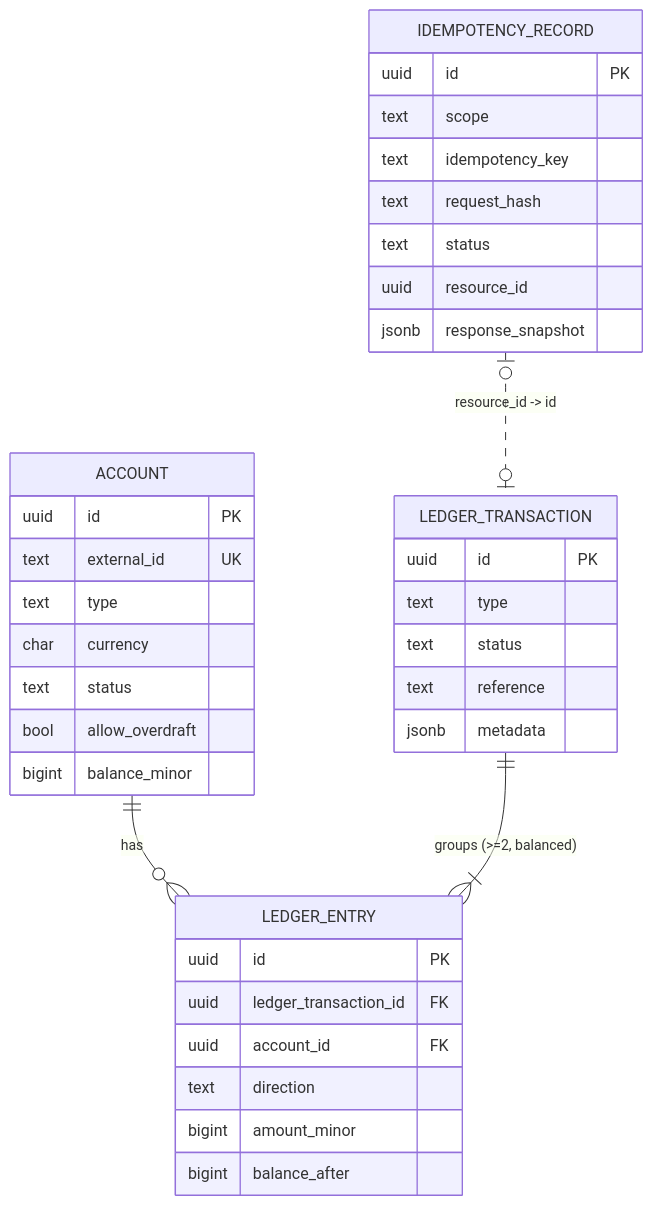
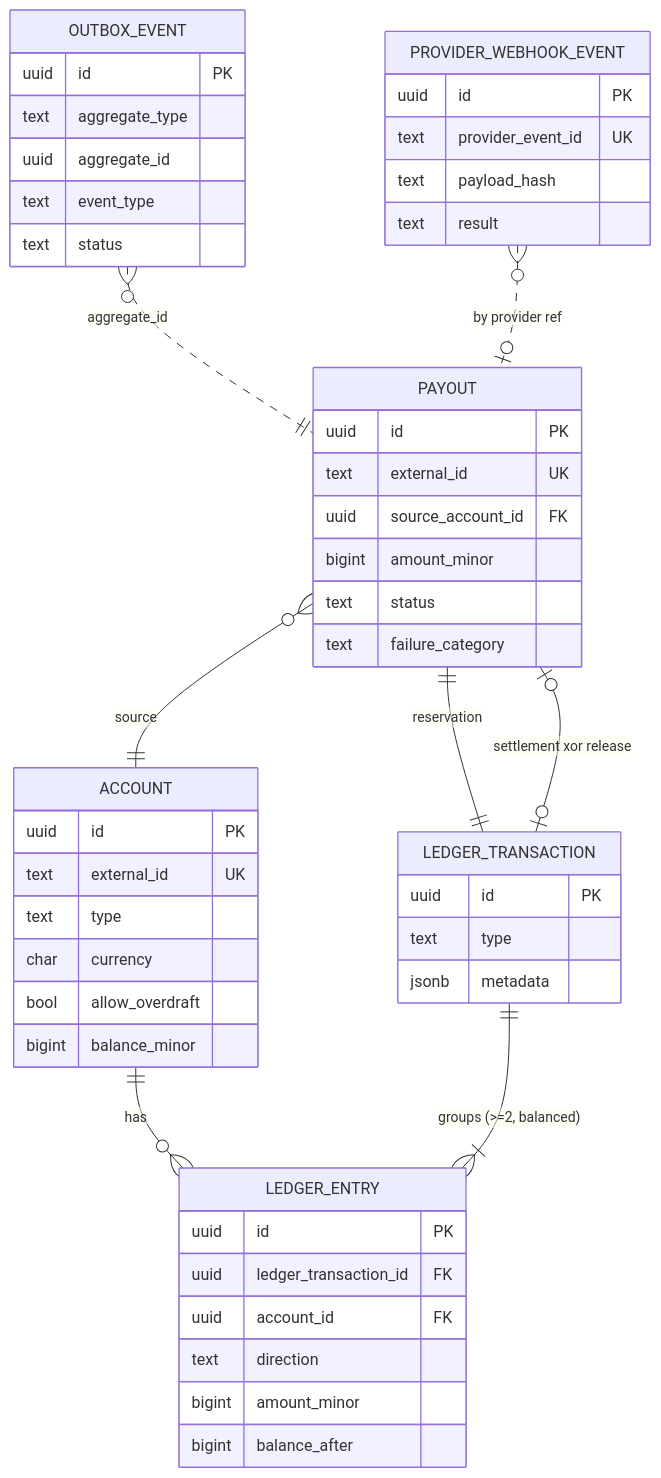
One commit to mubinibum/ledger-payout-service changed the first of 4 diagrams in README.md. Above: the diagram before and after it, drawn with Mermaid. The commit also changed other lines of this file and 14 other files, not shown here.

````diff
--- a/README.md
+++ b/README.md
@@ -72,40 +109,53 @@
 ```mermaid
 erDiagram
     ACCOUNT ||--o{ LEDGER_ENTRY : "has"
     LEDGER_TRANSACTION ||--|{ LEDGER_ENTRY : "groups (>=2, balanced)"
-    IDEMPOTENCY_RECORD |o..o| LEDGER_TRANSACTION : "resource_id -> id"
+    PAYOUT }o--|| ACCOUNT : "source"
+    PAYOUT ||--|| LEDGER_TRANSACTION : "reservation"
+    PAYOUT |o--o| LEDGER_TRANSACTION : "settlement xor release"
+    OUTBOX_EVENT }o..|| PAYOUT : "aggregate_id"
+    PROVIDER_WEBHOOK_EVENT }o..o| PAYOUT : "by provider ref"
 
     ACCOUNT {
         uuid id PK
         text external_id UK
         text type
         char currency
-        text status
         bool allow_overdraft
         bigint balance_minor
     }
     LEDGER_TRANSACTION {
         uuid id PK
         text type
-        text status
-        text reference
         jsonb metadata
     }
     LEDGER_ENTRY {
         uuid id PK
         uuid ledger_transaction_id FK
         uuid account_id FK
         text direction
         bigint amount_minor
         bigint balance_after
     }
-    IDEMPOTENCY_RECORD {
+    PAYOUT {
         uuid id PK
-        text scope
-        text idempotency_key
-        text request_hash
+        text external_id UK
+        uuid source_account_id FK
+        bigint amount_minor
         text status
-        uuid resource_id
-        jsonb response_snapshot
+        text failure_category
+    }
+    OUTBOX_EVENT {
+        uuid id PK
+        text aggregate_type
+        uuid aggregate_id
+        text event_type
+        text status
+    }
+    PROVIDER_WEBHOOK_EVENT {
+        uuid id PK
+        text provider_event_id UK
+        text payload_hash
+        text result
     }
 ```
````
